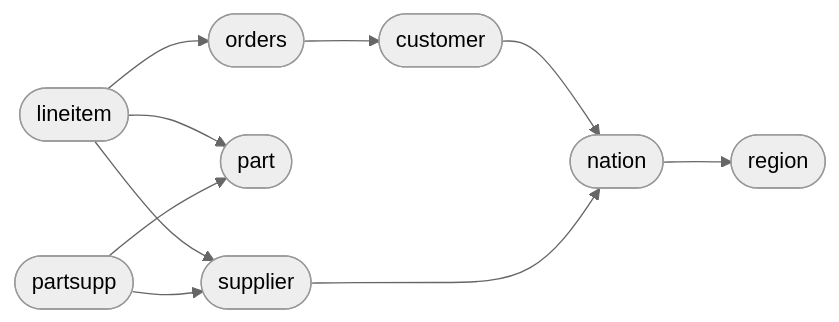
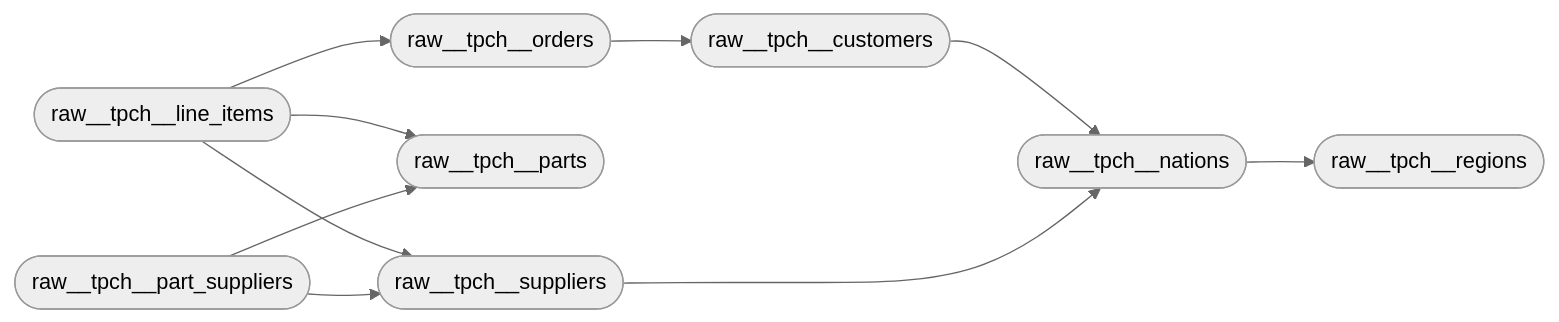
The second of 4 diagrams in README.md (mattiasthalen/tpch), drawn with Mermaid (neutral theme) before and after one commit. The commit also changed other lines of this file and 25 other files, not shown here.

````diff
--- a/README.md
+++ b/README.md
@@ -129,21 +129,21 @@
 ```mermaid
 flowchart LR
-    customer(["customer"])
-    lineitem(["lineitem"])
-    nation(["nation"])
-    orders(["orders"])
-    part(["part"])
-    partsupp(["partsupp"])
-    region(["region"])
-    supplier(["supplier"])
+    raw__tpch__customers(["raw__tpch__customers"])
+    raw__tpch__line_items(["raw__tpch__line_items"])
+    raw__tpch__nations(["raw__tpch__nations"])
+    raw__tpch__orders(["raw__tpch__orders"])
+    raw__tpch__part_suppliers(["raw__tpch__part_suppliers"])
+    raw__tpch__parts(["raw__tpch__parts"])
+    raw__tpch__regions(["raw__tpch__regions"])
+    raw__tpch__suppliers(["raw__tpch__suppliers"])
 
-    lineitem --> orders
-    lineitem --> part
-    lineitem --> supplier
-    orders --> customer
-    customer --> nation
-    nation --> region
-    supplier --> nation
-    partsupp --> part
-    partsupp --> supplier
+    raw__tpch__line_items --> raw__tpch__orders
+    raw__tpch__line_items --> raw__tpch__parts
+    raw__tpch__line_items --> raw__tpch__suppliers
+    raw__tpch__orders --> raw__tpch__customers
+    raw__tpch__customers --> raw__tpch__nations
+    raw__tpch__nations --> raw__tpch__regions
+    raw__tpch__suppliers --> raw__tpch__nations
+    raw__tpch__part_suppliers --> raw__tpch__parts
+    raw__tpch__part_suppliers --> raw__tpch__suppliers
 ```
````
